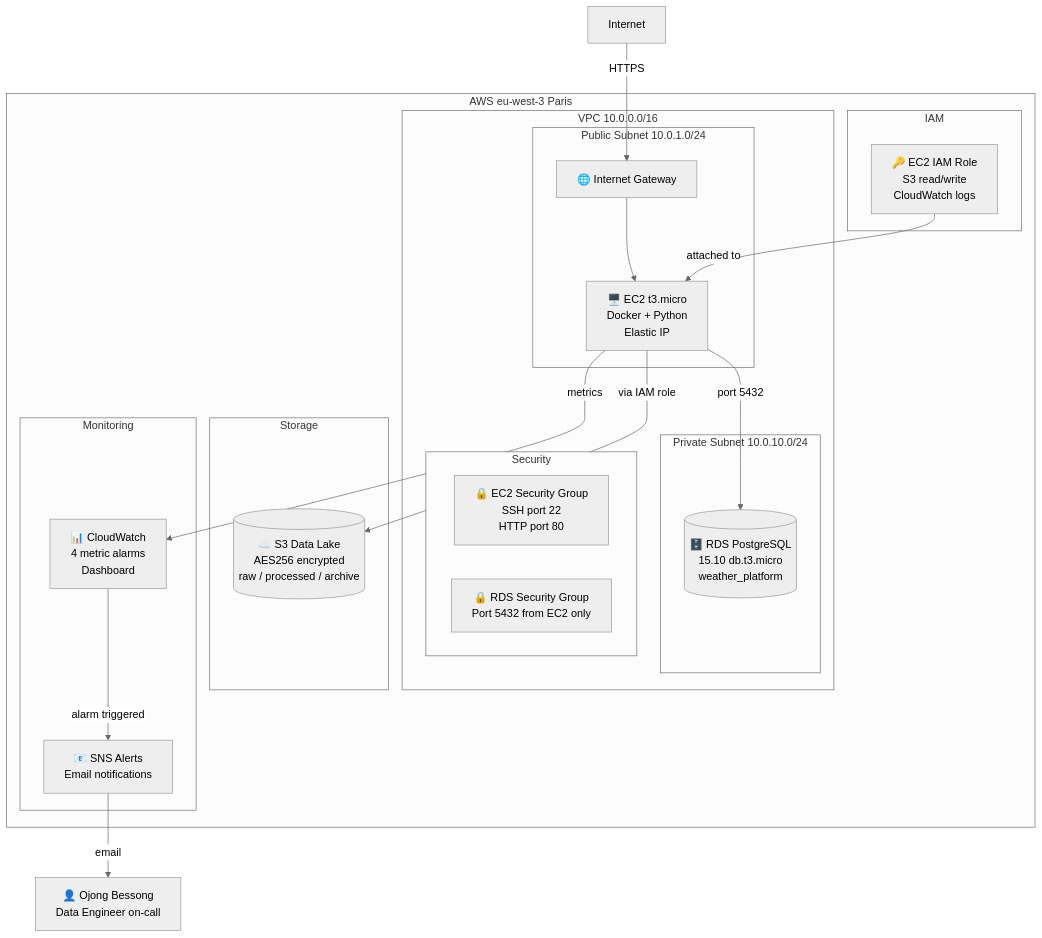
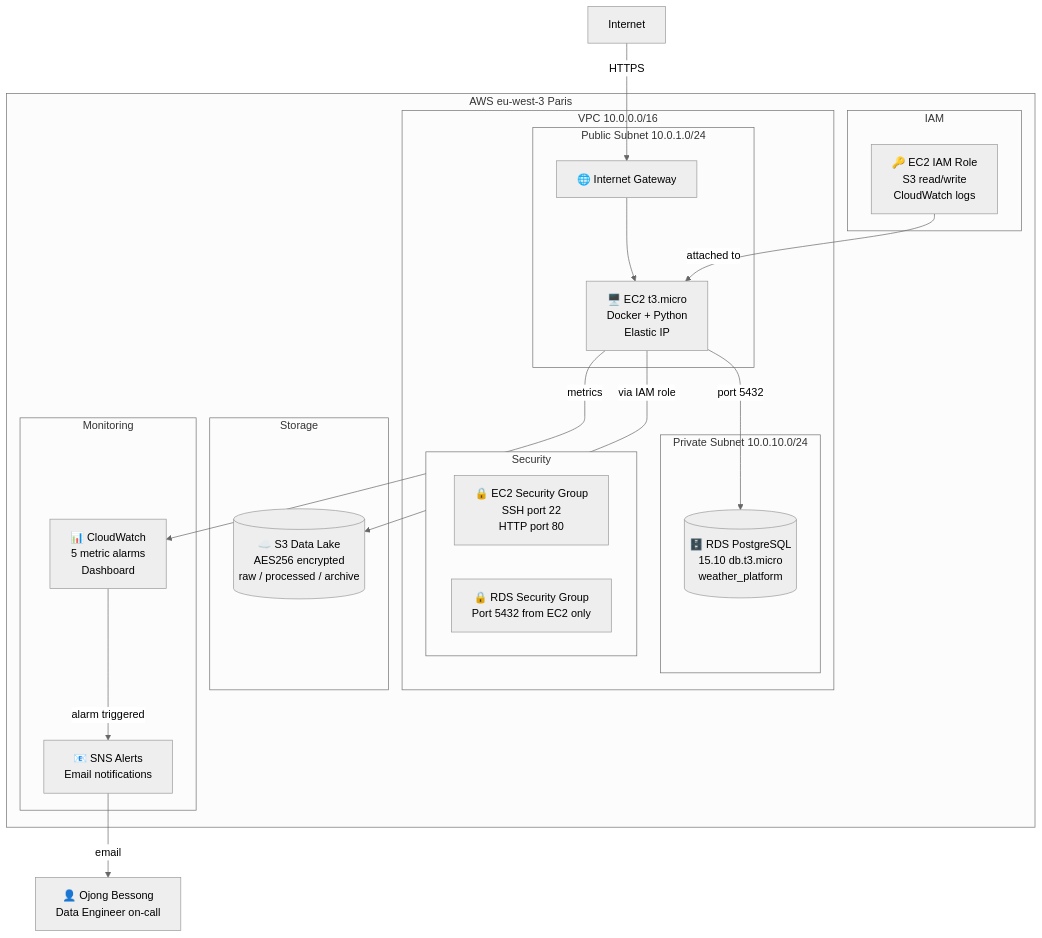
The diagram in README.md (OjongBessongNKONGHO/aws-data-platform), drawn with Mermaid (neutral theme) before and after one commit. The commit also changed other lines of this file, not shown here.

````diff
--- a/README.md
+++ b/README.md
@@ -74,42 +74,42 @@
 ```mermaid
 flowchart TD
     subgraph AWS eu-west-3 Paris
         subgraph VPC 10.0.0.0/16
             subgraph Public Subnet 10.0.1.0/24
                 EC2[🖥️ EC2 t3.micro\nDocker + Python\nElastic IP]
                 IGW[🌐 Internet Gateway]
             end
 
             subgraph Private Subnet 10.0.10.0/24
                 RDS[(🗄️ RDS PostgreSQL\n15.10 db.t3.micro\nweather_platform)]
             end
 
             subgraph Security
                 SG1[🔒 EC2 Security Group\nSSH port 22\nHTTP port 80]
                 SG2[🔒 RDS Security Group\nPort 5432 from EC2 only]
             end
         end
 
         subgraph Storage
             S3[(☁️ S3 Data Lake\nAES256 encrypted\nraw / processed / archive)]
         end
 
         subgraph Monitoring
-            CW[📊 CloudWatch\n4 metric alarms\nDashboard]
+            CW[📊 CloudWatch\n5 metric alarms\nDashboard]
             SNS[📧 SNS Alerts\nEmail notifications]
         end
 
         subgraph IAM
             ROLE[🔑 EC2 IAM Role\nS3 read/write\nCloudWatch logs]
         end
     end
 
     Internet -->|HTTPS| IGW
     IGW --> EC2
     EC2 -->|port 5432| RDS
     EC2 -->|via IAM role| S3
     EC2 -->|metrics| CW
     CW -->|alarm triggered| SNS
     SNS -->|email| Engineer[👤 Ojong Bessong\nData Engineer on-call]
     ROLE -->|attached to| EC2
 ```
````
